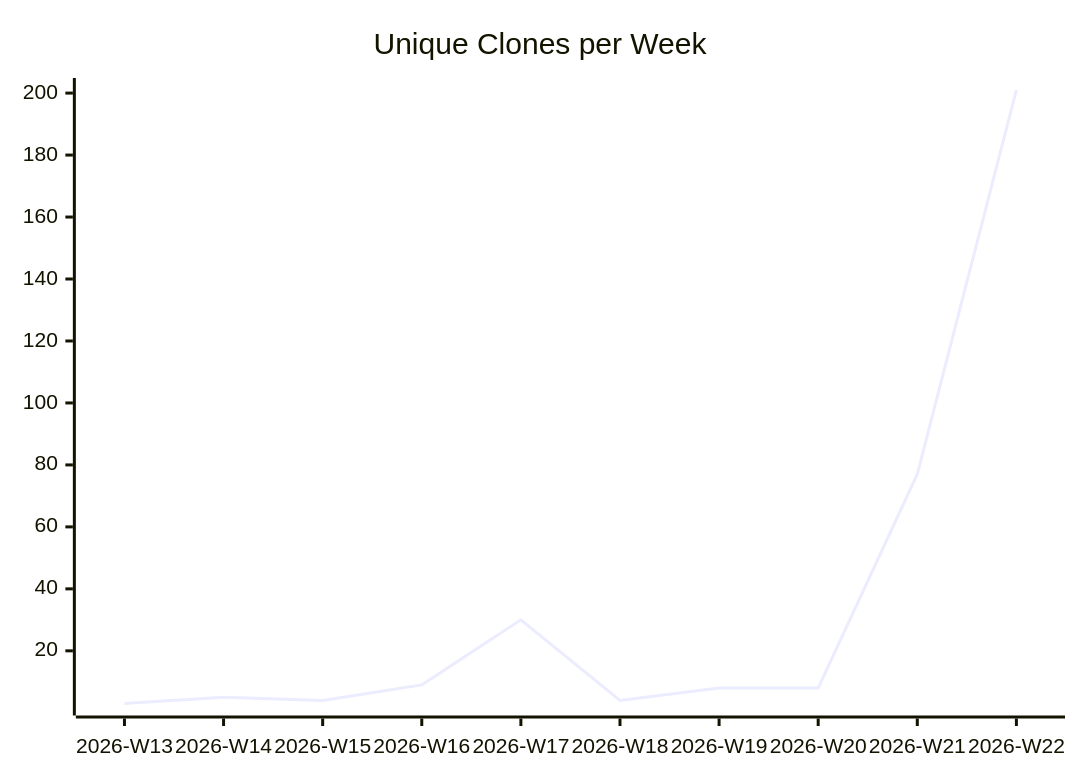
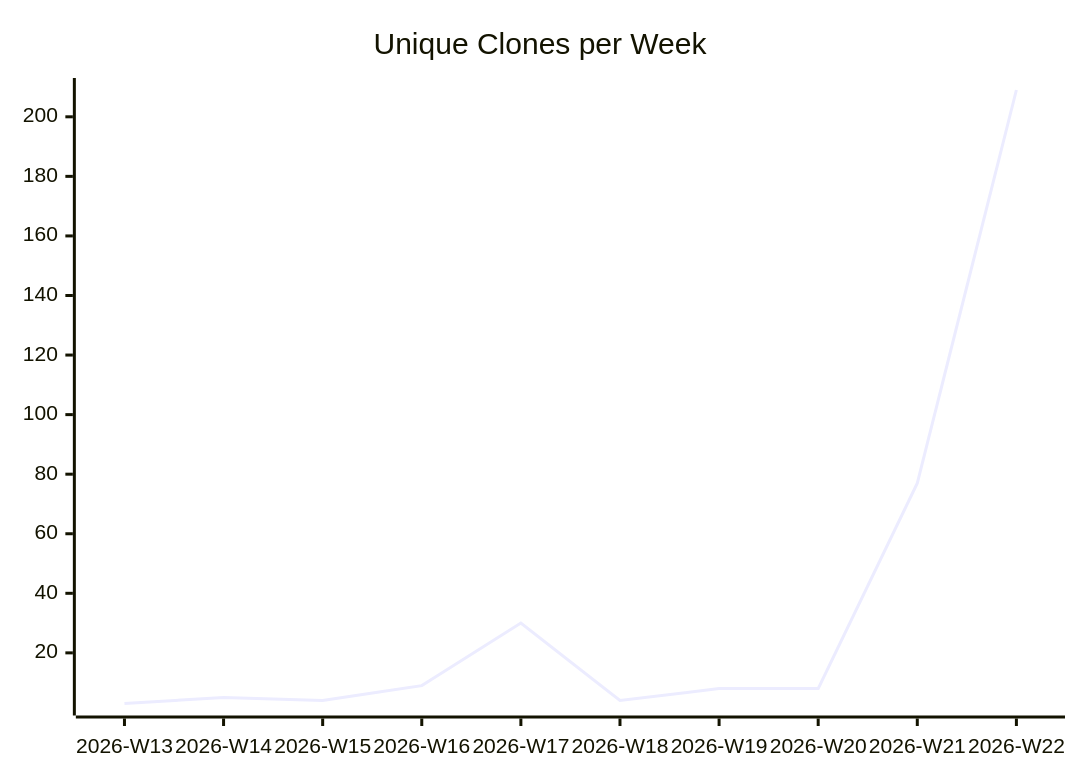
Before and after one commit to justdavis-family/github-analytics-data: the third of 3 diagrams in karlmdavis/dotfiles/README.md, drawn with Mermaid. The commit also changed other lines of this file and 190 other files, not shown here.

````diff
--- a/karlmdavis/dotfiles/README.md
+++ b/karlmdavis/dotfiles/README.md
@@ -19,6 +19,6 @@
 ```mermaid
 xychart-beta
   title "Unique Clones per Week"
   x-axis ["2026-W13", "2026-W14", "2026-W15", "2026-W16", "2026-W17", "2026-W18", "2026-W19", "2026-W20", "2026-W21", "2026-W22"]
-  line [3, 5, 4, 9, 30, 4, 8, 8, 77, 201]
+  line [3, 5, 4, 9, 30, 4, 8, 8, 77, 209]
 ```
````
